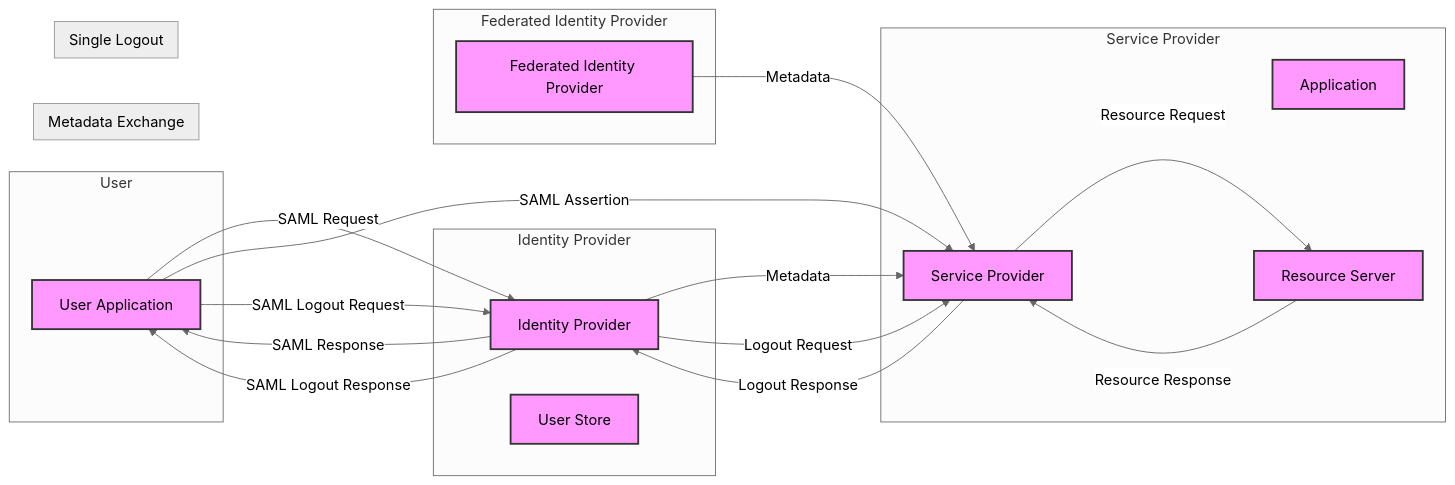
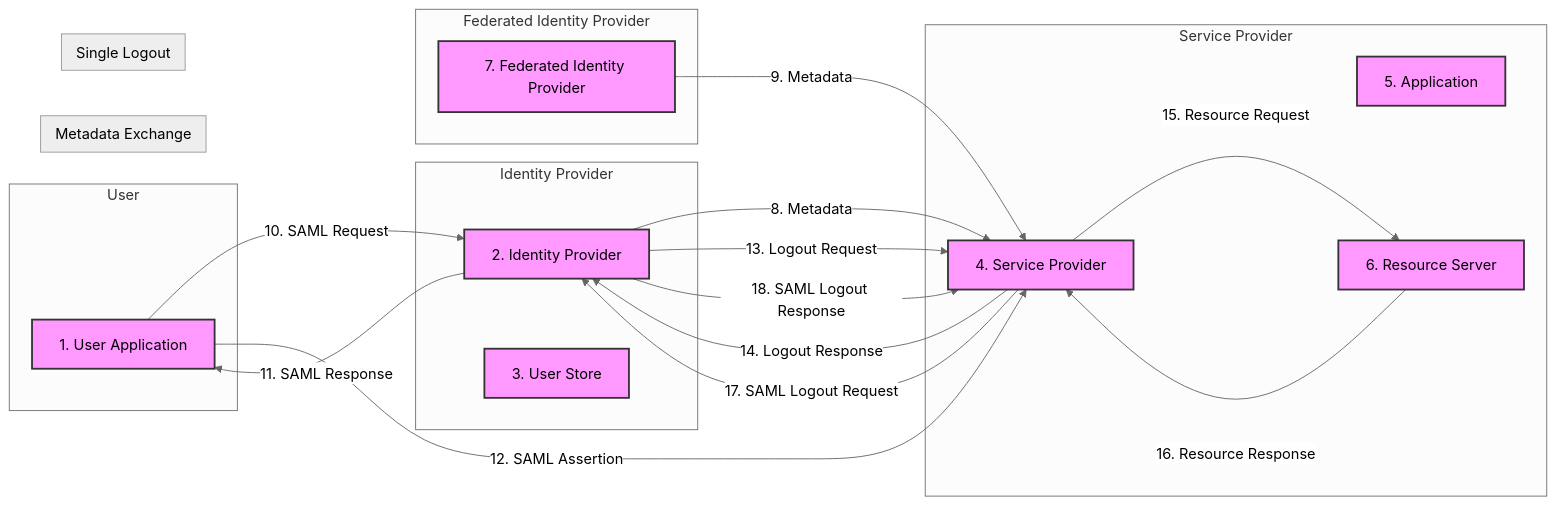
The diagram in README.md (bharathmuppa/MermaidConcepts), drawn with Mermaid (neutral theme) before and after one commit.

Commit message:
updated with sequence

````diff
--- a/README.md
+++ b/README.md
@@ -4,48 +4,48 @@
 ```mermaid
 graph LR;
 
 subgraph User
-    UA[User Application];
-    style UA fill:#f9f, stroke:#333, stroke-width:2px;
+    A[1. User Application];
+    style A fill:#f9f, stroke:#333, stroke-width:2px;
 end;
 
-subgraph Identity Provider 
-    IdP[Identity Provider];
-    UserStore[User Store];
-    style IdP fill:#f9f, stroke:#333, stroke-width:2px;
-    style UserStore fill:#f9f, stroke:#333, stroke-width:2px;
+subgraph Identity Provider
+    B[2. Identity Provider];
+    C[3. User Store];
+    style B fill:#f9f, stroke:#333, stroke-width:2px;
+    style C fill:#f9f, stroke:#333, stroke-width:2px;
 end;
 
-subgraph Service Provider 
-    SP[Service Provider];
-    App[Application];
-    RS[Resource Server];
-    style SP fill:#f9f, stroke:#333, stroke-width:2px;
-    style App fill:#f9f, stroke:#333, stroke-width:2px;
-    style RS fill:#f9f, stroke:#333, stroke-width:2px;
+subgraph Service Provider
+    D[4. Service Provider];
+    E[5. Application];
+    F[6. Resource Server];
+    style D fill:#f9f, stroke:#333, stroke-width:2px;
+    style E fill:#f9f, stroke:#333, stroke-width:2px;
+    style F fill:#f9f, stroke:#333, stroke-width:2px;
 end;
 
-subgraph Federated Identity Provider 
-    FIdP[Federated Identity Provider];
-    style FIdP fill:#f9f, stroke:#333, stroke-width:2px;
+subgraph Federated Identity Provider
+    G[7. Federated Identity Provider];
+    style G fill:#f9f, stroke:#333, stroke-width:2px;
 end;
 
 subgraph Metadata Exchange
-    IdP -- Metadata --> SP;
-    FIdP -- Metadata --> SP;
+    B -- 8. Metadata --> D;
+    G -- 9. Metadata --> D;
 end;
 
 subgraph Single Logout
-    IdP -- Logout Request --> SP;
-    SP -- Logout Response --> IdP;
+    B -- 13. Logout Request --> D;
+    D -- 14. Logout Response --> B;
 end;
 
-UA -- SAML Request --> IdP;
-IdP -- SAML Response --> UA;
-UA -- SAML Assertion --> SP;
-SP -- Resource Request --> RS;
-RS -- Resource Response --> SP;
-UA -- SAML Logout Request --> IdP;
-IdP -- SAML Logout Response --> UA;
+A -- 10. SAML Request --> B;
+B -- 11. SAML Response --> A;
+A -- 12. SAML Assertion --> D;
+D -- 15. Resource Request --> F;
+F -- 16. Resource Response --> D;
+D -- 17. SAML Logout Request --> B;
+B -- 18. SAML Logout Response --> D;
 
 ```
````
